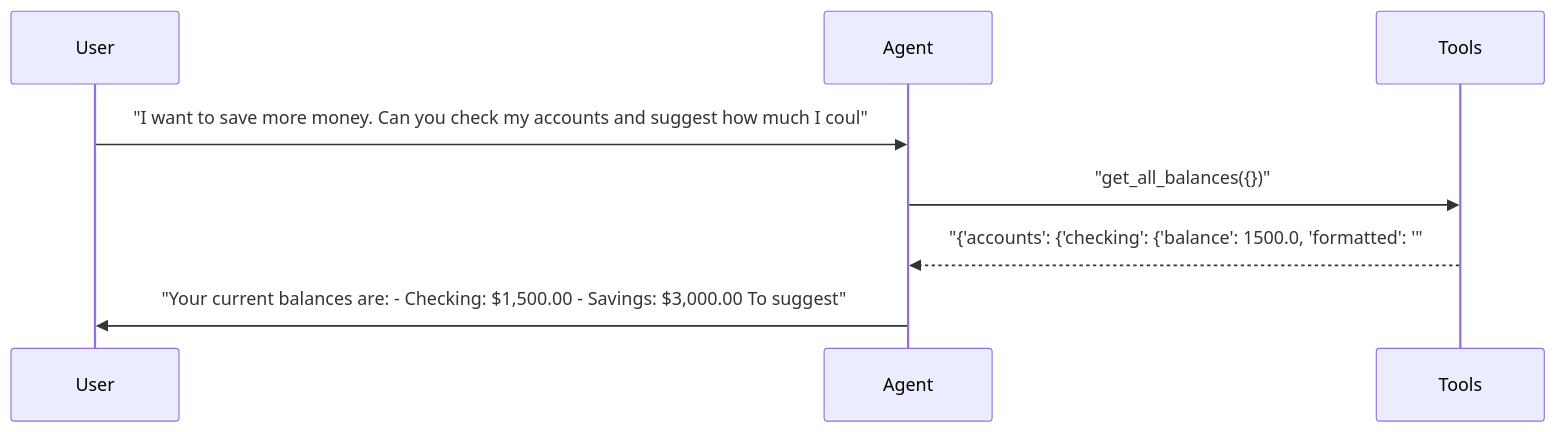
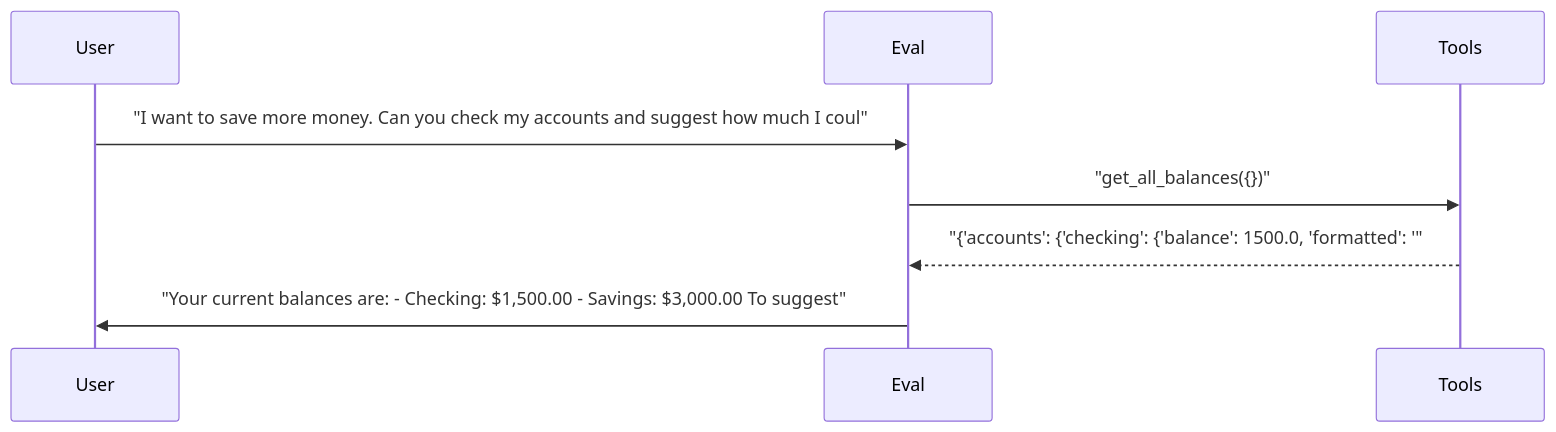
Diagram 12 of 24 in docs/demo/hero-report.md (sbroenne/pytest-skill-engineering), drawn with Mermaid before and after one commit. The commit also changed other lines of this file and 155 other files, not shown here.

````diff
--- a/docs/demo/hero-report.md
+++ b/docs/demo/hero-report.md
@@ -680,11 +680,11 @@
 ```mermaid
 sequenceDiagram
     participant User
-    participant Agent
+    participant Eval
     participant Tools
 
-    User->>Agent: "I want to save more money. Can you check my accounts and suggest how much I coul"
-    Agent->>Tools: "get_all_balances({})"
-    Tools-->>Agent: "{'accounts': {'checking': {'balance': 1500.0, 'formatted': '"
-    Agent->>User: "Your current balances are: - Checking: $1,500.00 - Savings: $3,000.00 To suggest"
+    User->>Eval: "I want to save more money. Can you check my accounts and suggest how much I coul"
+    Eval->>Tools: "get_all_balances({})"
+    Tools-->>Eval: "{'accounts': {'checking': {'balance': 1500.0, 'formatted': '"
+    Eval->>User: "Your current balances are: - Checking: $1,500.00 - Savings: $3,000.00 To suggest"
 ```
````
